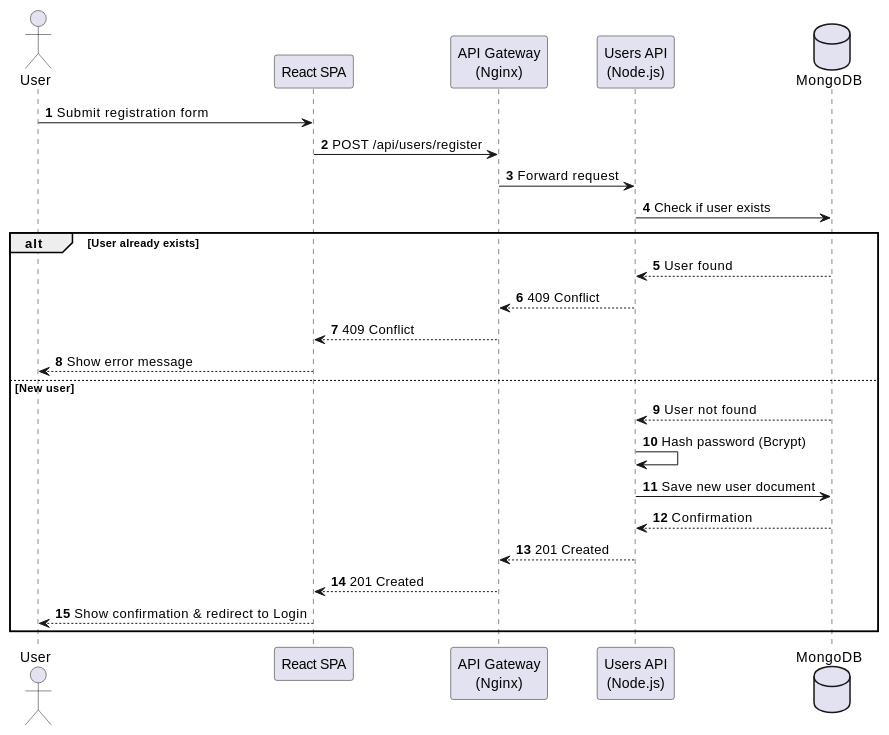
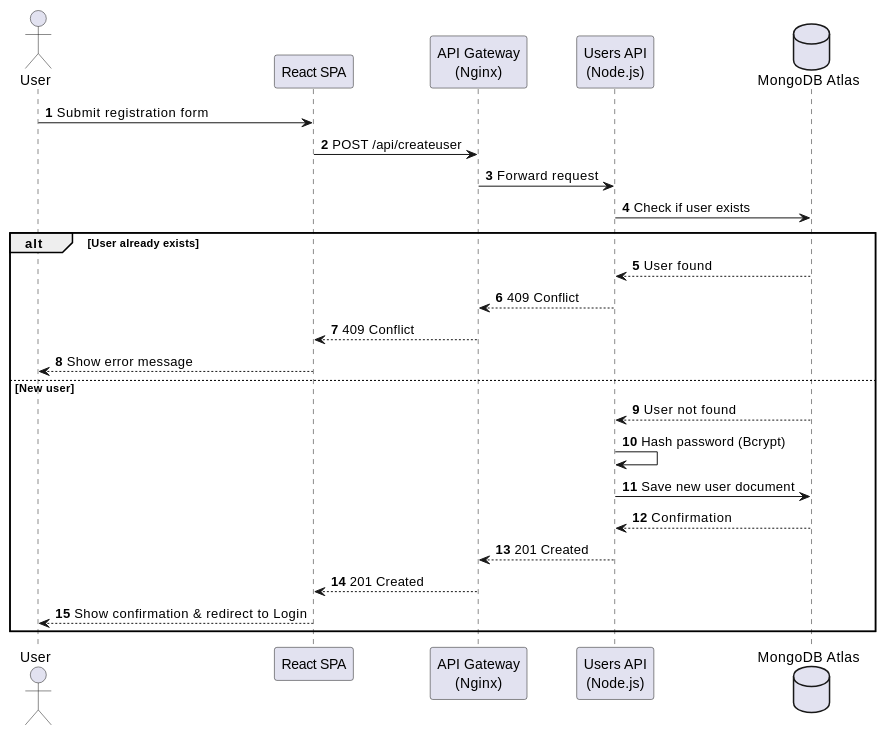
The fifth of 5 diagrams in docs/src/06_runtime_view.adoc (Arquisoft/yovi_es1a), drawn with PlantUML before and after one commit. The commit also changed other lines of this file, not shown here.

```diff
--- a/docs/src/06_runtime_view.adoc
+++ b/docs/src/06_runtime_view.adoc
@@ -170,31 +193,31 @@
 [plantuml]
 ----
 @startuml
 autonumber
 actor User
 participant "React SPA" as WebApp
 participant "API Gateway\n(Nginx)" as Gateway
 participant "Users API\n(Node.js)" as UsersService
-database MongoDB as Db
+database "MongoDB Atlas" as Db
 
 User -> WebApp: Submit registration form
-WebApp -> Gateway: POST /api/users/register
+WebApp -> Gateway: POST /api/createuser
 Gateway -> UsersService: Forward request
 UsersService -> Db: Check if user exists
 
 alt User already exists
     Db --> UsersService: User found
     UsersService --> Gateway: 409 Conflict
     Gateway --> WebApp: 409 Conflict
     WebApp --> User: Show error message
 else New user
     Db --> UsersService: User not found
     UsersService -> UsersService: Hash password (Bcrypt)
     UsersService -> Db: Save new user document
     Db --> UsersService: Confirmation
     UsersService --> Gateway: 201 Created
     Gateway --> WebApp: 201 Created
     WebApp --> User: Show confirmation & redirect to Login
 end
 @enduml
 ----
```
